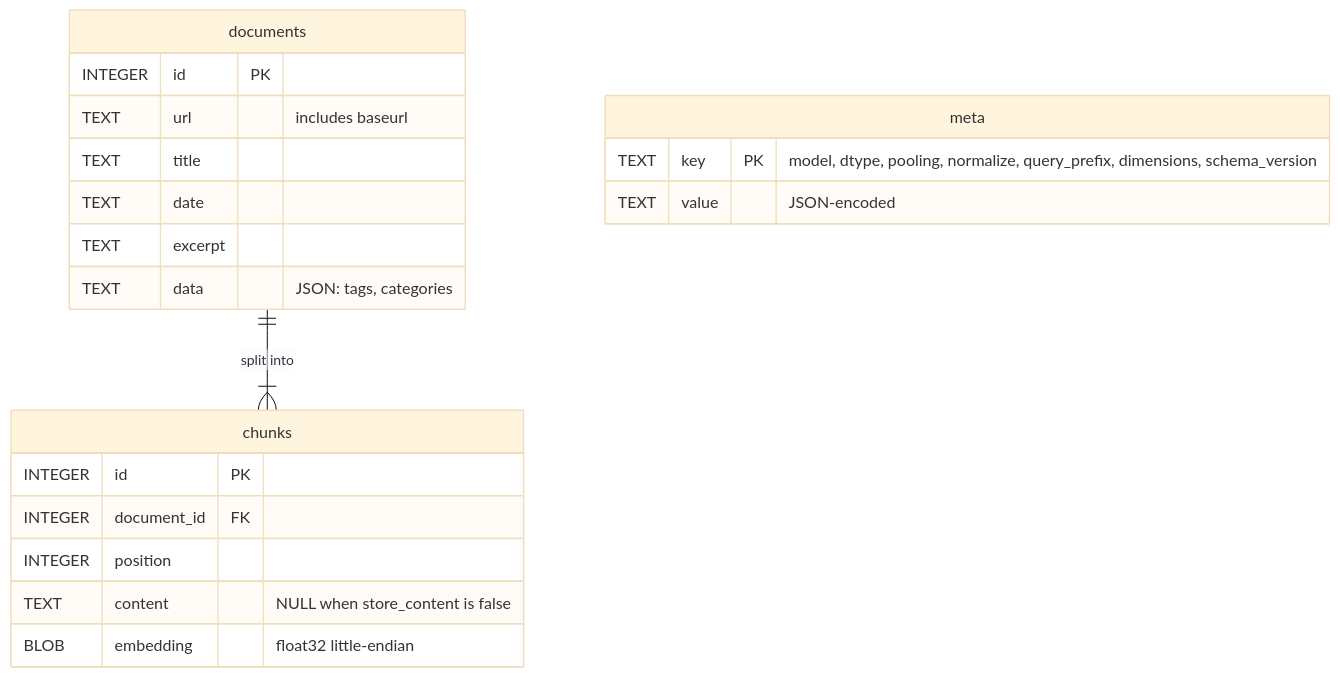
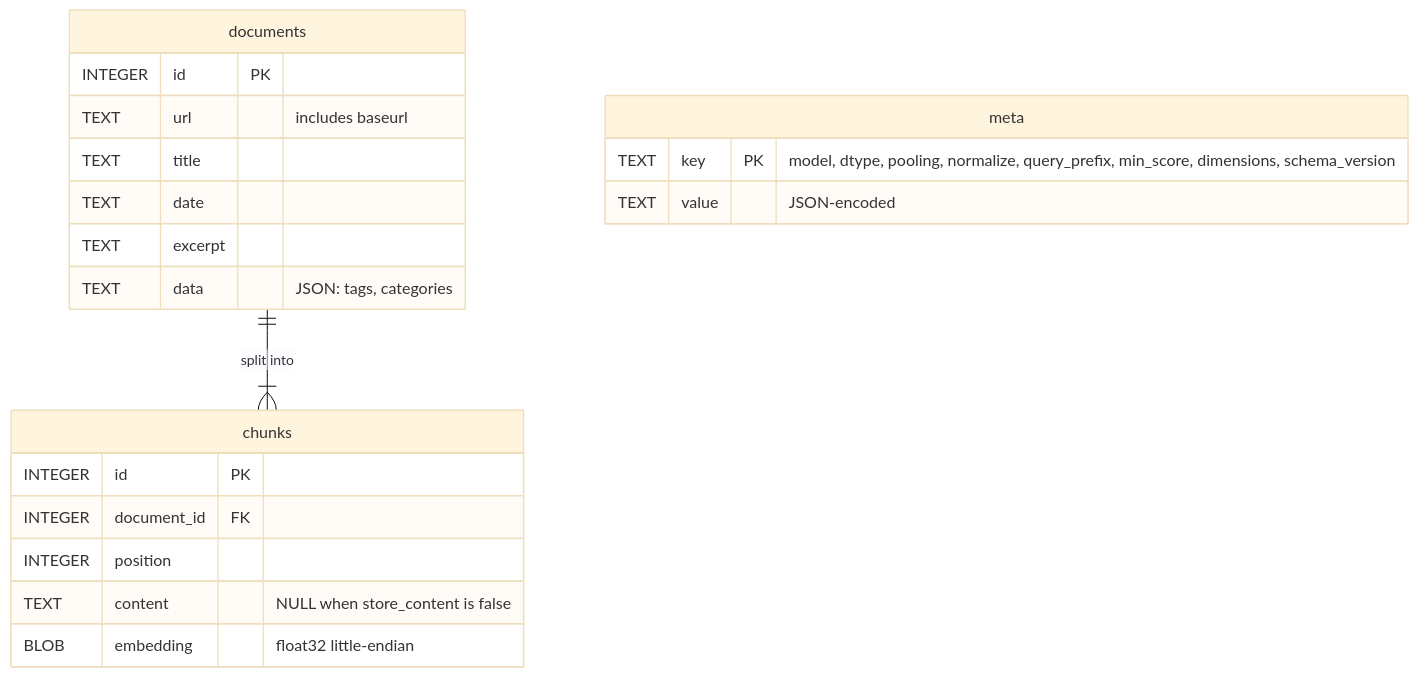
One commit to mourjo/jekyll-semantic-search changed the third of 3 diagrams in README.md. Above: the diagram before and after it, drawn with Mermaid (base theme). The commit also changed other lines of this file and 13 other files, not shown here.

First line of the commit message:
Add a min_score setting with build-time auto-calibration

````diff
--- a/README.md
+++ b/README.md
@@ -230,23 +275,23 @@
 ```mermaid
 erDiagram
   documents ||--|{ chunks : "split into"
   meta {
-    TEXT key PK "model, dtype, pooling, normalize, query_prefix, dimensions, schema_version"
+    TEXT key PK "model, dtype, pooling, normalize, query_prefix, min_score, dimensions, schema_version"
     TEXT value "JSON-encoded"
   }
   documents {
     INTEGER id PK
     TEXT url "includes baseurl"
     TEXT title
     TEXT date
     TEXT excerpt
     TEXT data "JSON: tags, categories"
   }
   chunks {
     INTEGER id PK
     INTEGER document_id FK
     INTEGER position
     TEXT content "NULL when store_content is false"
     BLOB embedding "float32 little-endian"
   }
 ```
````
